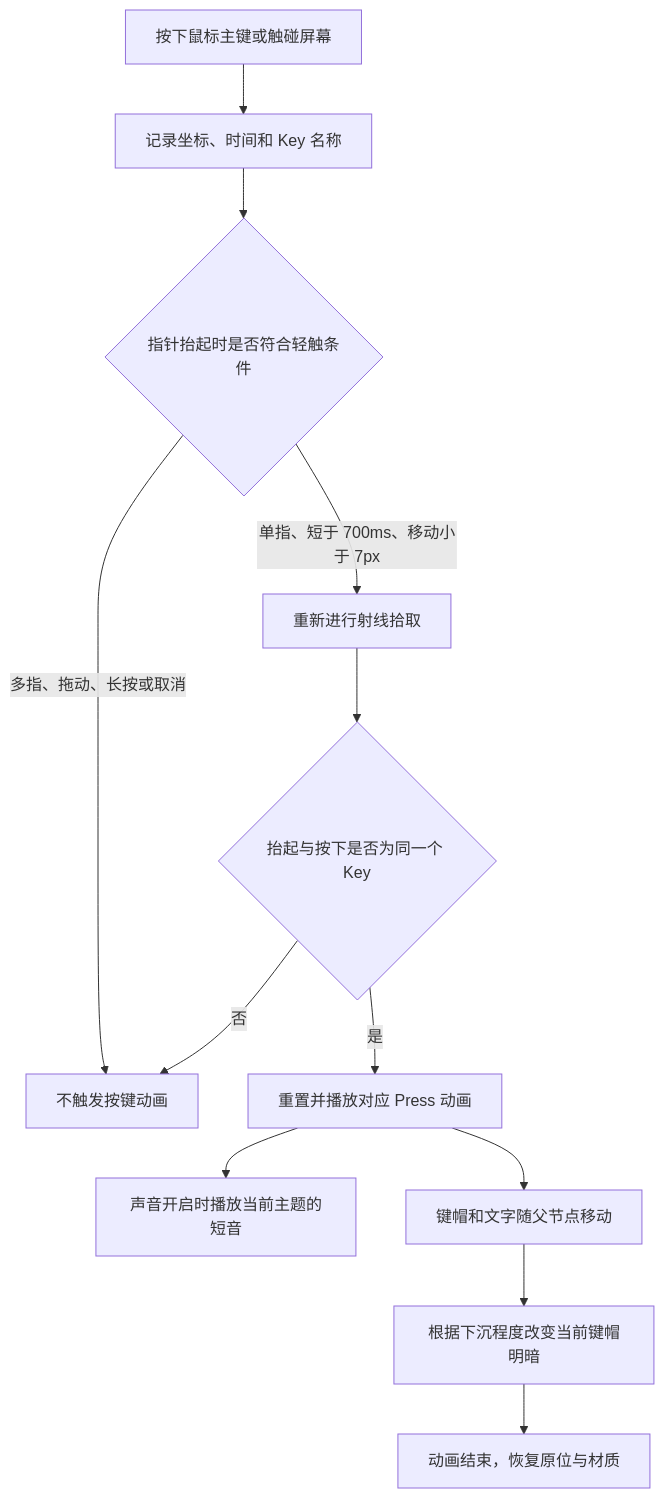
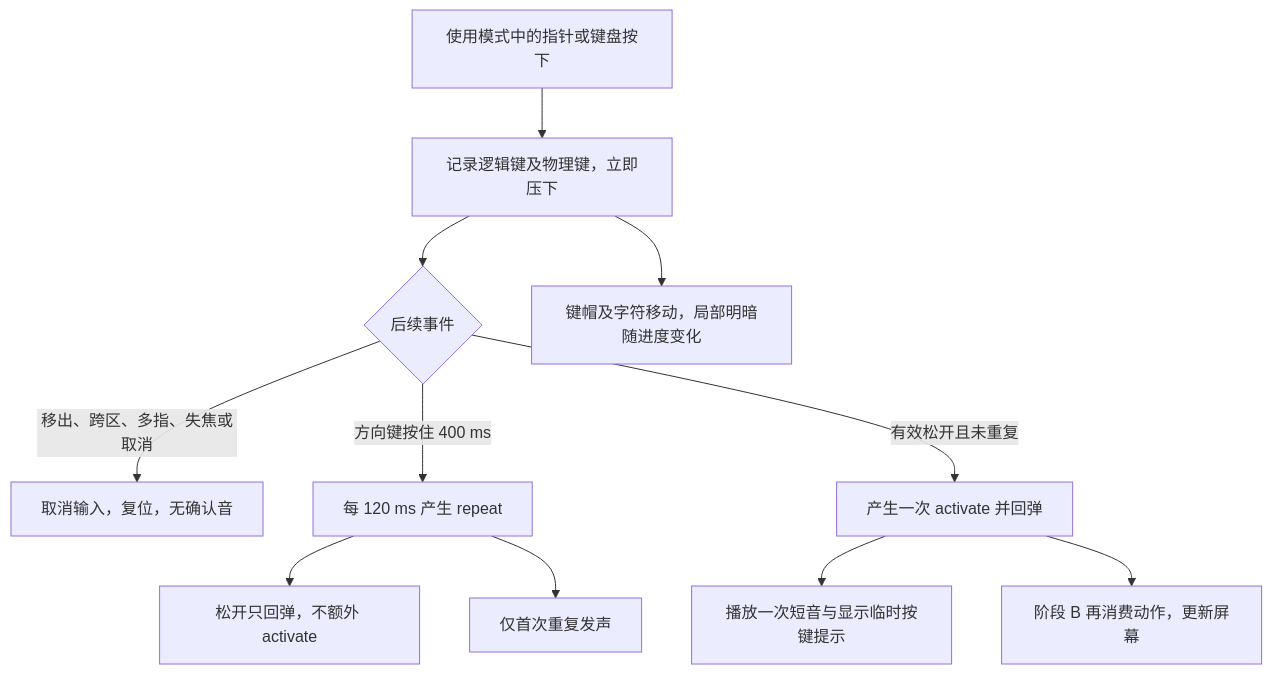
Before and after one commit to xiaogoulingdi/Nokia3310: the third of 5 diagrams in README.md, drawn with Mermaid. The commit also changed other lines of this file and 25 other files, not shown here.

````diff
--- a/README.md
+++ b/README.md
@@ -276,14 +289,13 @@
 ```mermaid
 flowchart TD
-    A[按下鼠标主键或触碰屏幕] --> B[记录坐标、时间和 Key 名称]
-    B --> C{指针抬起时是否符合轻触条件}
-    C -->|多指、拖动、长按或取消| X[不触发按键动画]
-    C -->|单指、短于 700ms、移动小于 7px| D[重新进行射线拾取]
-    D --> E{抬起与按下是否为同一个 Key}
-    E -->|否| X
-    E -->|是| F[重置并播放对应 Press 动画]
-    F --> S[声音开启时播放当前主题的短音]
-    F --> G[键帽和文字随父节点移动]
-    G --> L[根据下沉程度改变当前键帽明暗]
-    L --> H[动画结束，恢复原位与材质]
+    A[使用模式中的指针或键盘按下] --> B[记录逻辑键及物理键，立即压下]
+    B --> C{后续事件}
+    C -->|移出、跨区、多指、失焦或取消| X[取消输入，复位，无确认音]
+    C -->|方向键按住 400 ms| R[每 120 ms 产生 repeat]
+    C -->|有效松开且未重复| F[产生一次 activate 并回弹]
+    R --> U[松开只回弹，不额外 activate]
+    F --> S[播放一次短音与显示临时按键提示]
+    R --> T[仅首次重复发声]
+    B --> L[键帽及字符移动，局部明暗随进度变化]
+    F --> H[阶段 B 再消费动作，更新屏幕]
 ```
````
